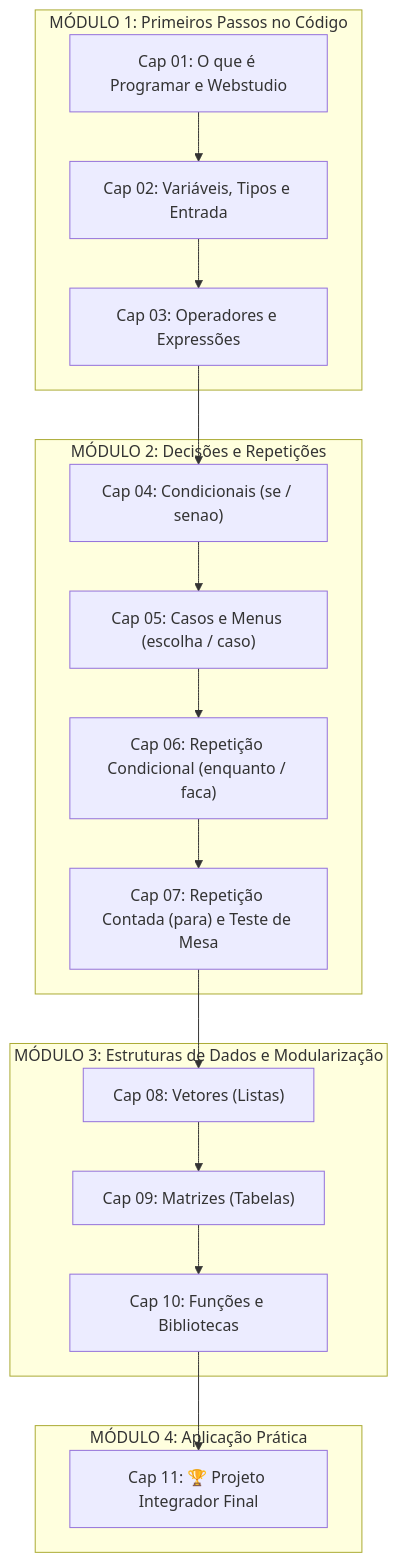
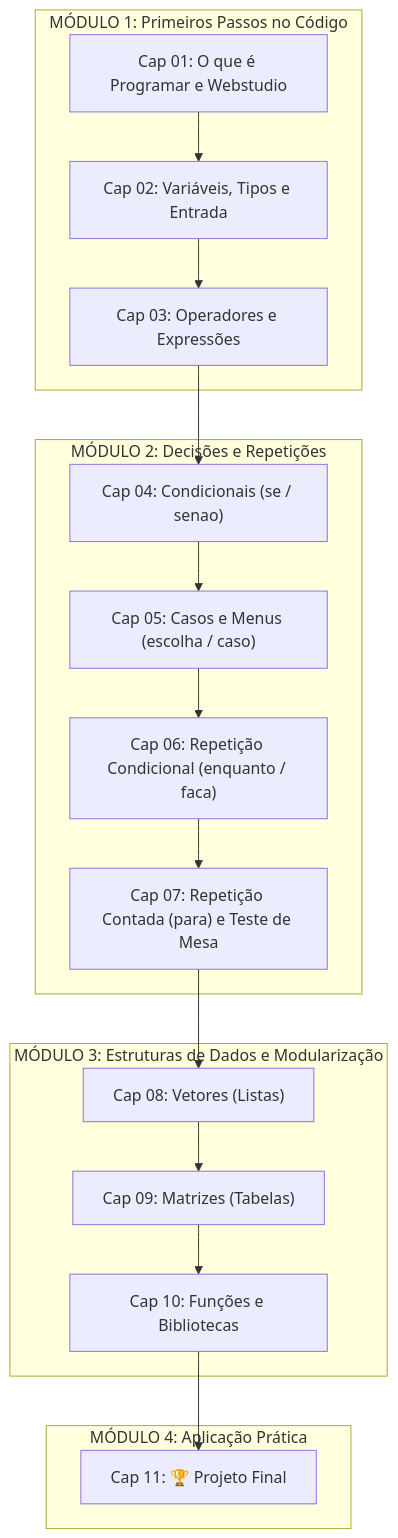
One commit to diogofragoso/portugol changed the second of 2 diagrams in README.md. Above: the diagram before and after it, drawn with Mermaid. The commit also changed other lines of this file and 2 other files, not shown here.

Commit message:
refactor: renomear Projeto Final Integrador para Projeto Final

````diff
--- a/README.md
+++ b/README.md
@@ -30,27 +30,27 @@
 ```mermaid
 flowchart TD
     subgraph M1["MÓDULO 1: Primeiros Passos no Código"]
         C01["Cap 01: O que é Programar e Webstudio"]
         C02["Cap 02: Variáveis, Tipos e Entrada"]
         C03["Cap 03: Operadores e Expressões"]
     end
 
     subgraph M2["MÓDULO 2: Decisões e Repetições"]
         C04["Cap 04: Condicionais (se / senao)"]
         C05["Cap 05: Casos e Menus (escolha / caso)"]
         C06["Cap 06: Repetição Condicional (enquanto / faca)"]
         C07["Cap 07: Repetição Contada (para) e Teste de Mesa"]
     end
 
     subgraph M3["MÓDULO 3: Estruturas de Dados e Modularização"]
         C08["Cap 08: Vetores (Listas)"]
         C09["Cap 09: Matrizes (Tabelas)"]
         C10["Cap 10: Funções e Bibliotecas"]
     end
 
     subgraph M4["MÓDULO 4: Aplicação Prática"]
-        C11["Cap 11: 🏆 Projeto Integrador Final"]
+        C11["Cap 11: 🏆 Projeto Final"]
     end
 
     C01 --> C02 --> C03 --> C04 --> C05 --> C06 --> C07 --> C08 --> C09 --> C10 --> C11
 ```
````
